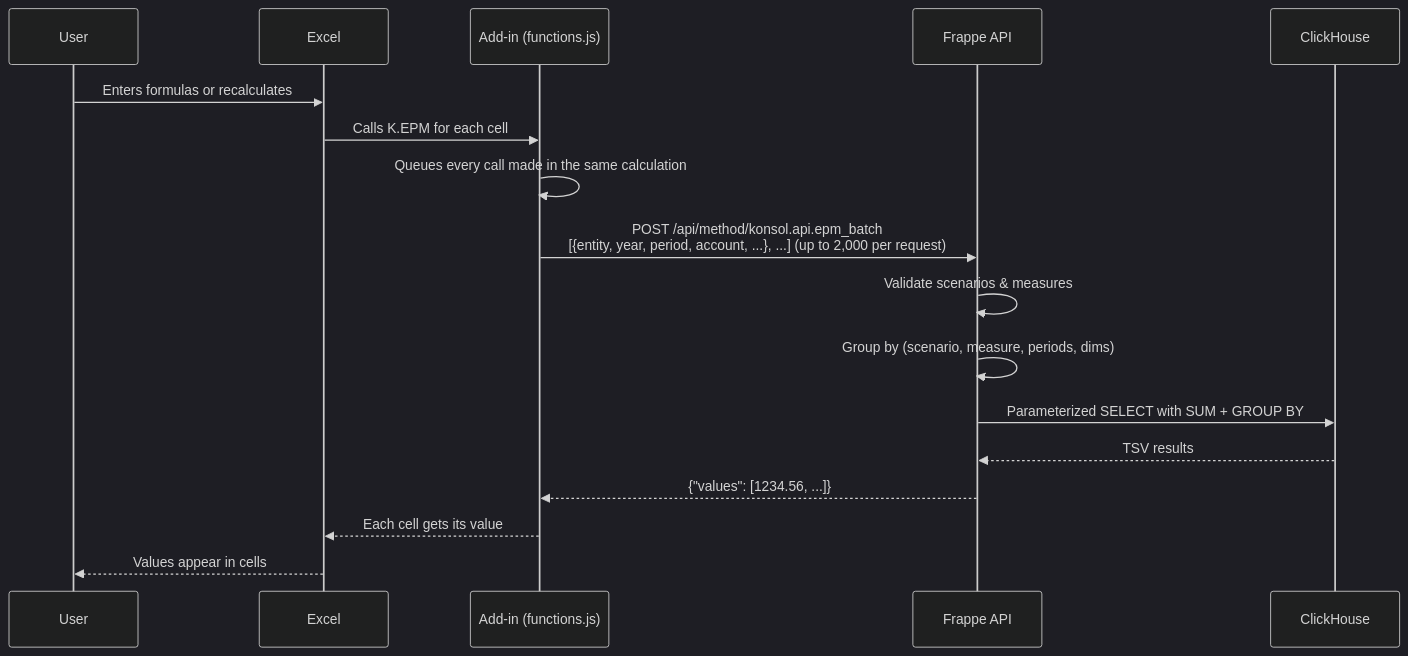
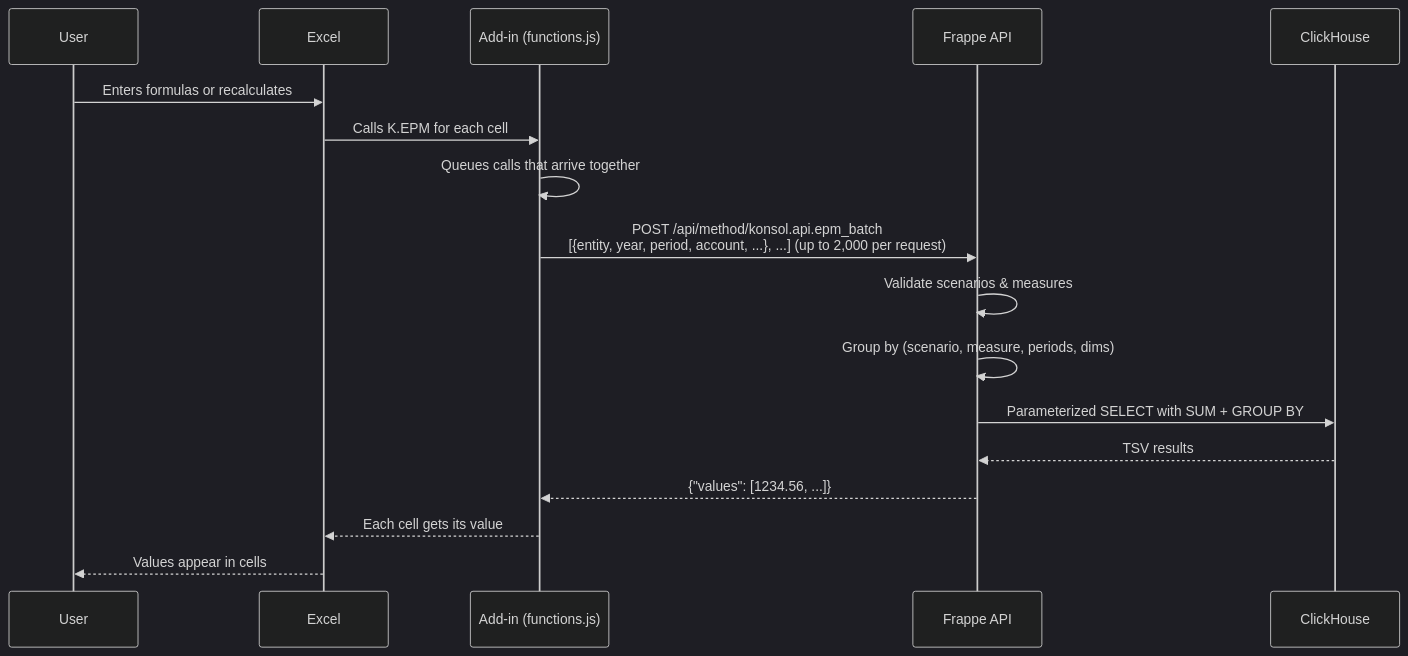
The second of 2 diagrams in docs/user-guide/excel-formulas-guide.md (grynn-in/konsolidat), drawn with Mermaid (dark theme) before and after one commit. The commit also changed other lines of this file and 20 other files, not shown here.

````diff
--- a/docs/user-guide/excel-formulas-guide.md
+++ b/docs/user-guide/excel-formulas-guide.md
@@ -320,20 +321,20 @@
 ```mermaid
 sequenceDiagram
     participant User
     participant Excel
     participant AddIn as Add-in (functions.js)
     participant Frappe as Frappe API
     participant CH as ClickHouse
 
     User->>Excel: Enters formulas or recalculates
     Excel->>AddIn: Calls K.EPM for each cell
-    AddIn->>AddIn: Queues every call made in the same calculation
+    AddIn->>AddIn: Queues calls that arrive together
     AddIn->>Frappe: POST /api/method/konsol.api.epm_batch<br/>[{entity, year, period, account, ...}, ...] (up to 2,000 per request)
     Frappe->>Frappe: Validate scenarios & measures
     Frappe->>Frappe: Group by (scenario, measure, periods, dims)
     Frappe->>CH: Parameterized SELECT with SUM + GROUP BY
     CH-->>Frappe: TSV results
     Frappe-->>AddIn: {"values": [1234.56, ...]}
     AddIn-->>Excel: Each cell gets its value
     Excel-->>User: Values appear in cells
 ```
````
